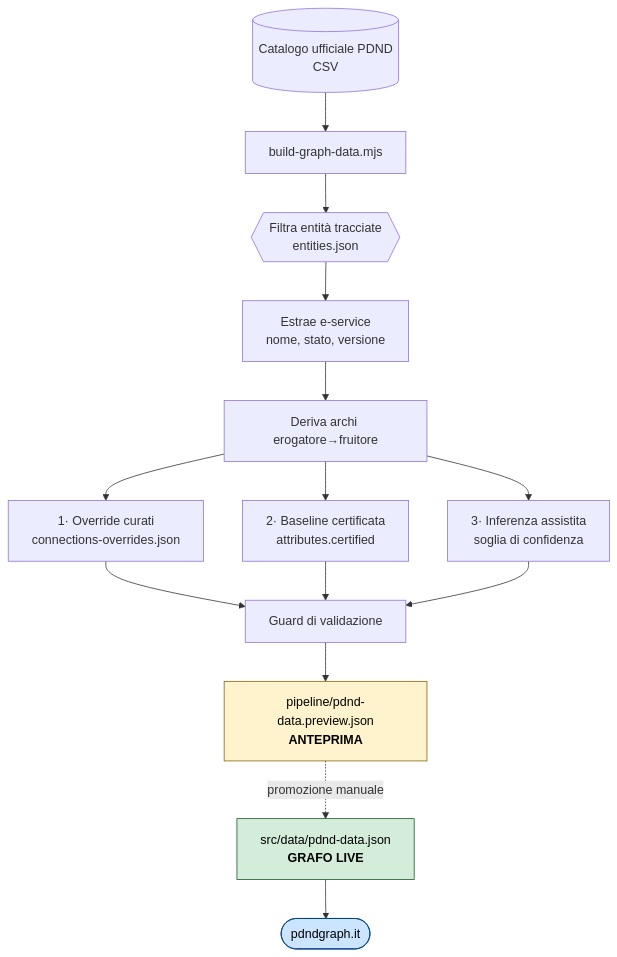
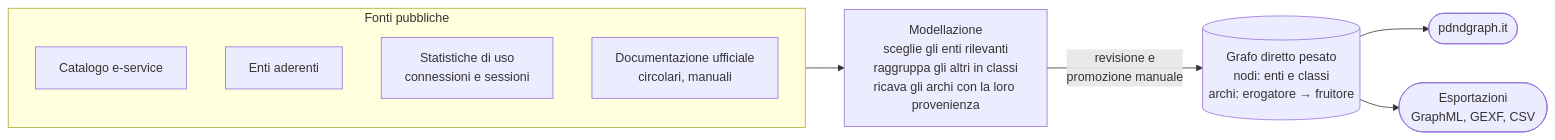
One commit to engineering87/pdnd-eservices-graph changed the diagram in README.md. Above: the diagram before and after it, drawn with Mermaid. The commit also changed other lines of this file and 56 other files, not shown here.

````diff
--- a/README.md
+++ b/README.md
@@ -263,20 +167,20 @@
 ```mermaid
-flowchart TD
-    A[("Catalogo ufficiale PDND<br/>CSV")] --> B[build-graph-data.mjs]
-    B --> C{{"Filtra entità tracciate<br/>entities.json"}}
-    C --> D["Estrae e-service<br/>nome, stato, versione"]
-    D --> E["Deriva archi erogatore→fruitore"]
-    E --> F["1· Override curati<br/>connections-overrides.json"]
-    E --> G["2· Baseline certificata<br/>attributes.certified"]
-    E --> H["3· Inferenza assistita<br/>soglia di confidenza"]
-    F --> I["Guard di validazione"]
-    G --> I
-    H --> I
-    I --> J["pipeline/pdnd-data.preview.json<br/><b>ANTEPRIMA</b>"]
-    J -.->|"promozione manuale"| K["src/data/pdnd-data.json<br/><b>GRAFO LIVE</b>"]
-    K --> L(["pdndgraph.it"])
+flowchart LR
+    subgraph FONTI["Fonti pubbliche"]
+        direction TB
+        C["Catalogo e-service"]
+        E["Enti aderenti"]
+        U["Statistiche di uso<br/>connessioni e sessioni"]
+        D["Documentazione ufficiale<br/>circolari, manuali"]
+    end
 
-    style J fill:#fff3cd,stroke:#856404,color:#000
-    style K fill:#d4edda,stroke:#155724,color:#000
-    style L fill:#cce5ff,stroke:#004085,color:#000
+    P["Modellazione<br/>sceglie gli enti rilevanti<br/>raggruppa gli altri in classi<br/>ricava gli archi con la loro provenienza"]
+    G[("Grafo diretto pesato<br/>nodi: enti e classi<br/>archi: erogatore → fruitore")]
+    A(["pdndgraph.it"])
+    X(["Esportazioni<br/>GraphML, GEXF, CSV"])
+
+    FONTI --> P
+    P -->|"revisione e<br/>promozione manuale"| G
+    G --> A
+    G --> X
 ```
````
